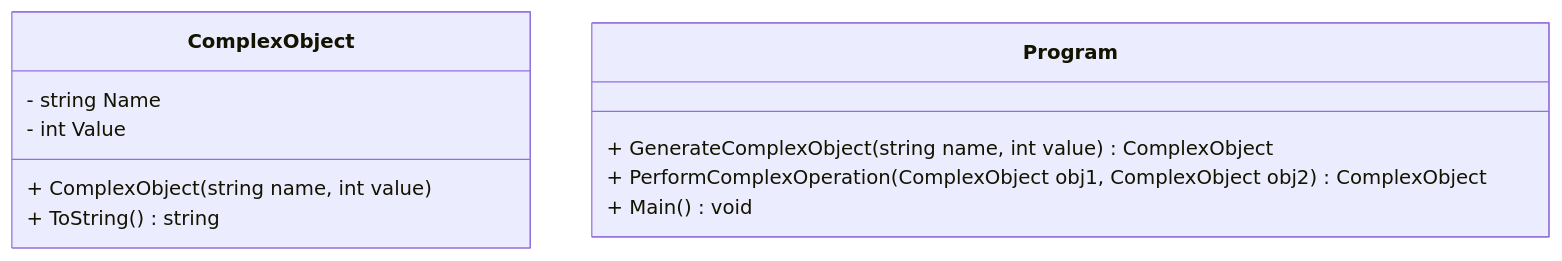
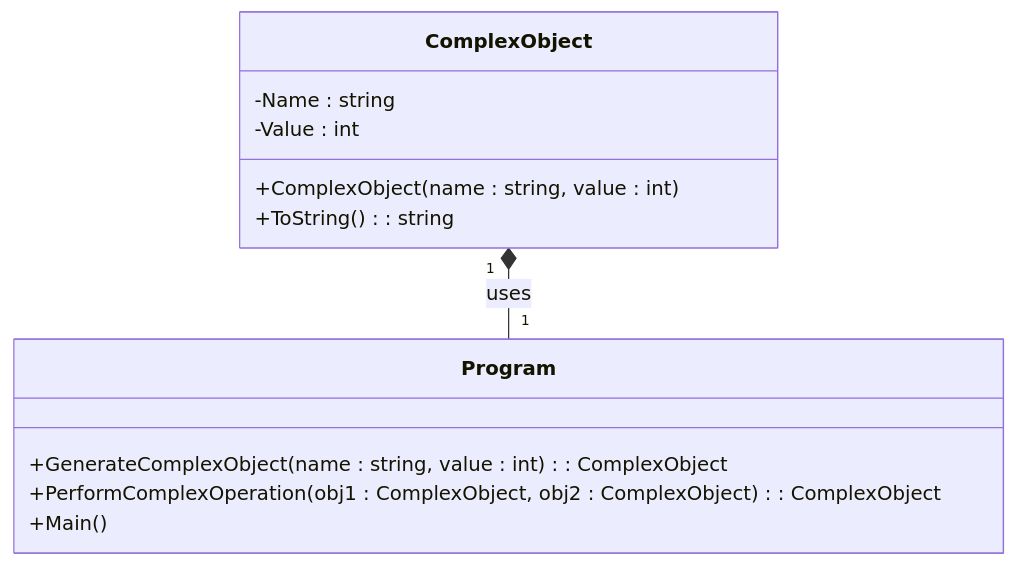
Before and after one commit to yingkitw/granite-code-prompt: the second of 2 diagrams in wca/WCA_chat_python_and_csharp.md, drawn with Mermaid. The commit also changed other lines of this file, not shown here.

````diff
--- a/wca/WCA_chat_python_and_csharp.md
+++ b/wca/WCA_chat_python_and_csharp.md
@@ -580,16 +580,17 @@
 ```mermaid
 classDiagram
-    class ComplexObject {
-        - string Name
-        - int Value
-        + ComplexObject(string name, int value)
-        + ToString() string
-    }
+class ComplexObject {
+    -Name : string
+    -Value : int
+    +ComplexObject(name : string, value : int)
+    +ToString() : string
+}
 
-    class Program {
-        + GenerateComplexObject(string name, int value) ComplexObject
-        + PerformComplexOperation(ComplexObject obj1, ComplexObject obj2) ComplexObject
-        + Main() void
-    }
+class Program {
+    +GenerateComplexObject(name : string, value : int) : ComplexObject
+    +PerformComplexOperation(obj1 : ComplexObject, obj2 : ComplexObject) : ComplexObject
+    +Main()
+}
 
+ComplexObject "1" *-- "1" Program : uses
 ```
````
